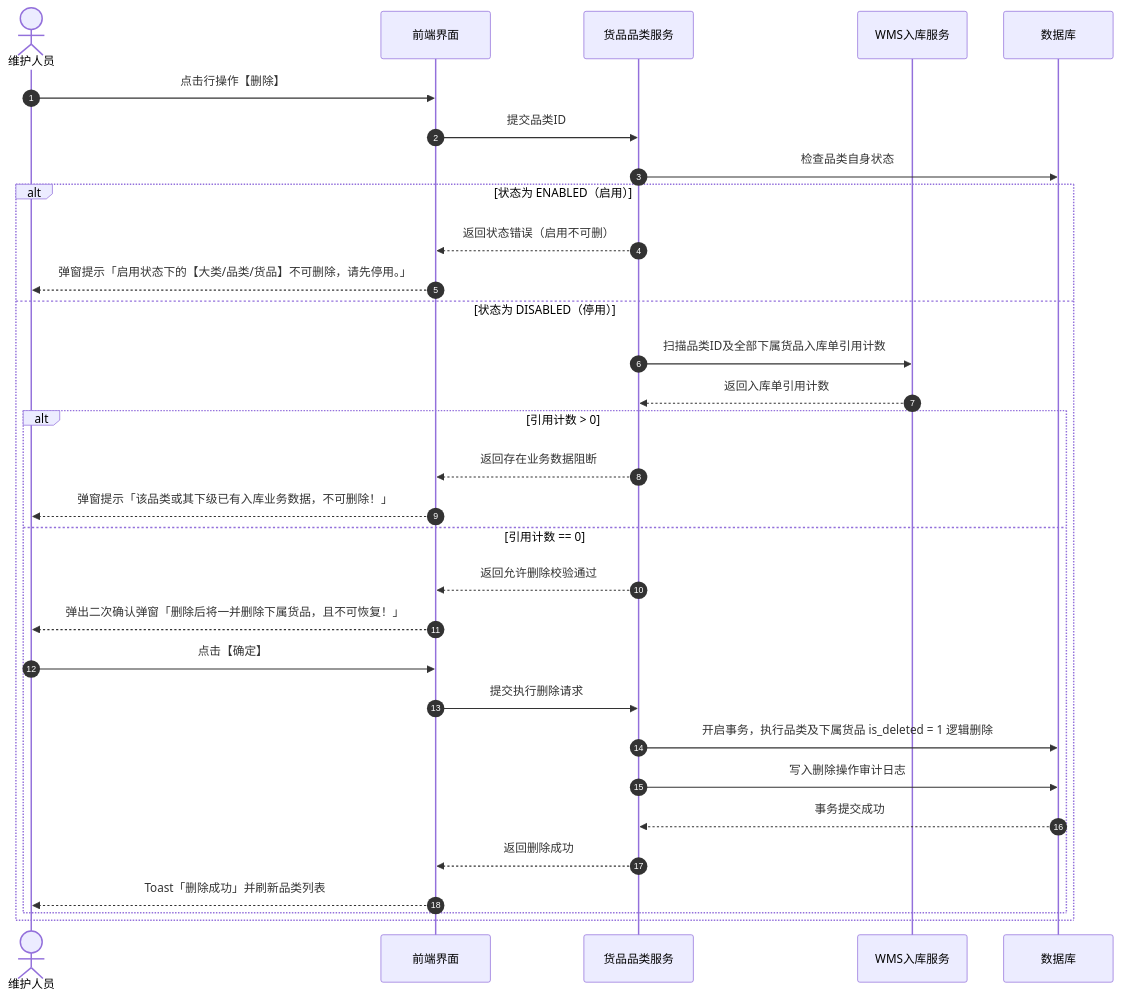
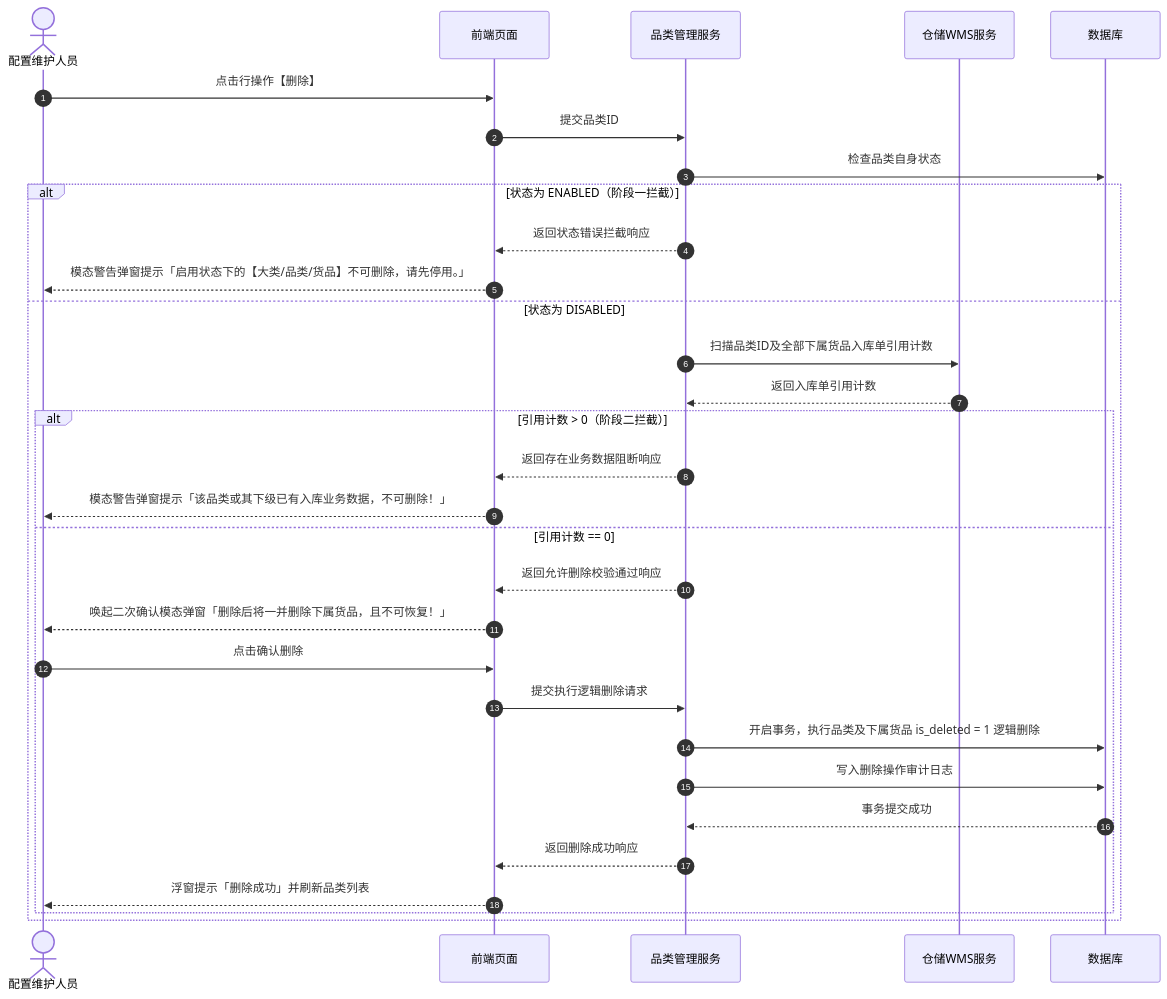
One commit to RobertHuang999/SYZC changed the third of 3 diagrams in 02-PRD文档/🌟🌟🌟-最新基准版/B端PC/08-配置管理/13-货品规格管理-品类管理/品类管理业务规则规格.md. Above: the diagram before and after it, drawn with Mermaid. The commit also changed other lines of this file and 264 other files, not shown here.

````diff
--- a/02-PRD文档/🌟🌟🌟-最新基准版/B端PC/08-配置管理/13-货品规格管理-品类管理/品类管理业务规则规格.md
+++ b/02-PRD文档/🌟🌟🌟-最新基准版/B端PC/08-配置管理/13-货品规格管理-品类管理/品类管理业务规则规格.md
@@ -166,34 +172,34 @@
 ```mermaid
 sequenceDiagram
     autonumber
-    actor U as 维护人员
-    participant F as 前端界面
-    participant B as 货品品类服务
-    participant W as WMS入库服务
+    actor U as 配置维护人员
+    participant F as 前端页面
+    participant B as 品类管理服务
+    participant W as 仓储WMS服务
     participant DB as 数据库
 
     U->>F: 点击行操作【删除】
     F->>B: 提交品类ID
     B->>DB: 检查品类自身状态
-    alt 状态为 ENABLED（启用）
-        B-->>F: 返回状态错误（启用不可删）
-        F-->>U: 弹窗提示「启用状态下的【大类/品类/货品】不可删除，请先停用。」
-    else 状态为 DISABLED（停用）
+    alt 状态为 ENABLED（阶段一拦截）
+        B-->>F: 返回状态错误拦截响应
+        F-->>U: 模态警告弹窗提示「启用状态下的【大类/品类/货品】不可删除，请先停用。」
+    else 状态为 DISABLED
         B->>W: 扫描品类ID及全部下属货品入库单引用计数
         W-->>B: 返回入库单引用计数
-        alt 引用计数 > 0
-            B-->>F: 返回存在业务数据阻断
-            F-->>U: 弹窗提示「该品类或其下级已有入库业务数据，不可删除！」
+        alt 引用计数 > 0（阶段二拦截）
+            B-->>F: 返回存在业务数据阻断响应
+            F-->>U: 模态警告弹窗提示「该品类或其下级已有入库业务数据，不可删除！」
         else 引用计数 == 0
-            B-->>F: 返回允许删除校验通过
-            F-->>U: 弹出二次确认弹窗「删除后将一并删除下属货品，且不可恢复！」
-            U->>F: 点击【确定】
-            F->>B: 提交执行删除请求
+            B-->>F: 返回允许删除校验通过响应
+            F-->>U: 唤起二次确认模态弹窗「删除后将一并删除下属货品，且不可恢复！」
+            U->>F: 点击确认删除
+            F->>B: 提交执行逻辑删除请求
             B->>DB: 开启事务，执行品类及下属货品 is_deleted = 1 逻辑删除
             B->>DB: 写入删除操作审计日志
             DB-->>B: 事务提交成功
-            B-->>F: 返回删除成功
-            F-->>U: Toast「删除成功」并刷新品类列表
+            B-->>F: 返回删除成功响应
+            F-->>U: 浮窗提示「删除成功」并刷新品类列表
         end
     end
 ```
````
